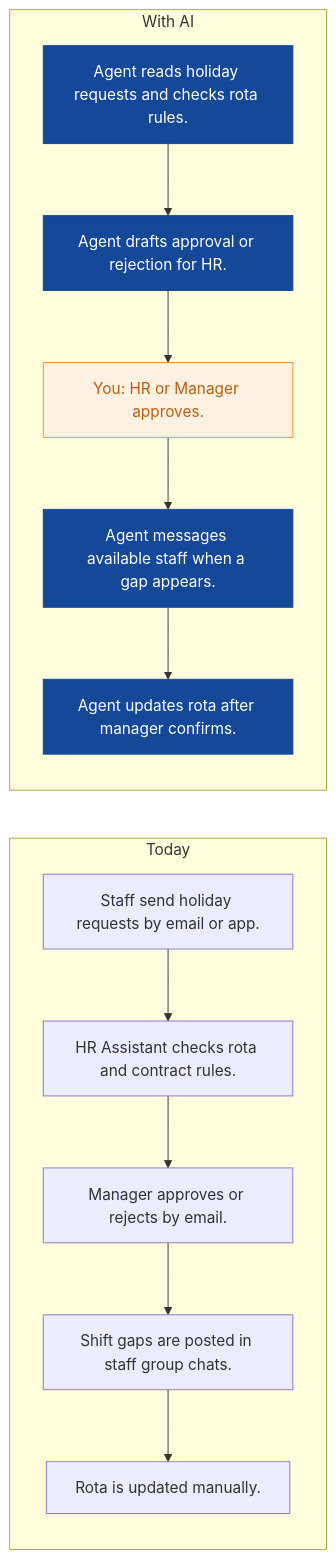
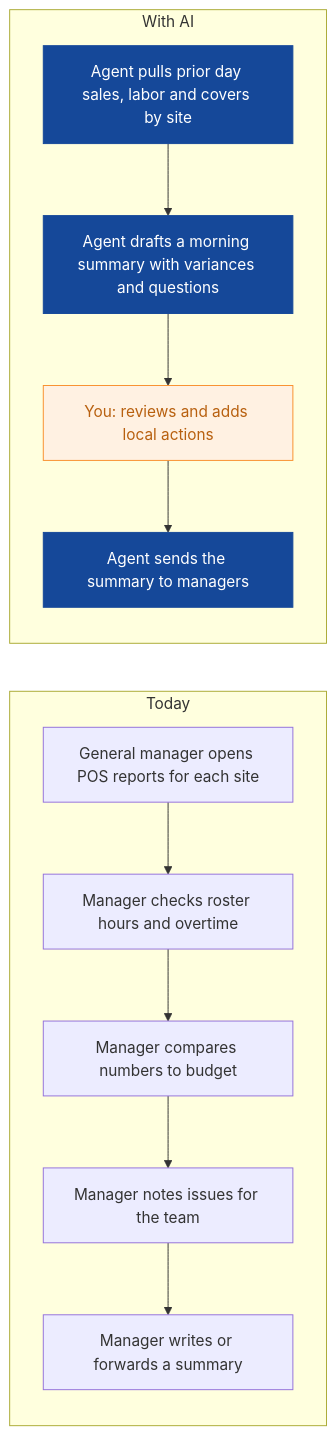
Before and after one commit to nexibeo/Complete-AI-Strategy: the third of 8 diagrams in strategies/saffron-table-group.md, drawn with Mermaid. The commit also changed other lines of this file and 26 other files, not shown here.

````diff
--- a/strategies/saffron-table-group.md
+++ b/strategies/saffron-table-group.md
@@ -136,23 +109,22 @@
 ```mermaid
 flowchart LR
   subgraph Today
-    B0["Staff send holiday requests by email or app."]
-    B1["HR Assistant checks rota and contract rules."]
-    B2["Manager approves or rejects by email."]
-    B3["Shift gaps are posted in staff group chats."]
-    B4["Rota is updated manually."]
+    B0["General manager opens POS reports for each site"]
+    B1["Manager checks roster hours and overtime"]
+    B2["Manager compares numbers to budget"]
+    B3["Manager notes issues for the team"]
+    B4["Manager writes or forwards a summary"]
     B0 --> B1 --> B2 --> B3 --> B4
   end
   subgraph WithAI[With AI]
-    A0["Agent reads holiday requests and checks rota rules."]
-    A1["Agent drafts approval or rejection for HR."]
-    A2["You: HR or Manager approves."]
-    A3["Agent messages available staff when a gap appears."]
-    A4["Agent updates rota after manager confirms."]
-    A0 --> A1 --> A2 --> A3 --> A4
+    A0["Agent pulls prior day sales, labor and covers by site"]
+    A1["Agent drafts a morning summary with variances and questions"]
+    A2["You: reviews and adds local actions"]
+    A3["Agent sends the summary to managers"]
+    A0 --> A1 --> A2 --> A3
   end
   classDef ai fill:#154899,color:#fff,stroke:#154899
   classDef human fill:#FFF1E2,color:#B8600F,stroke:#F98F2C
-  class A0,A1,A3,A4 ai
+  class A0,A1,A3 ai
   class A2 human
 ```
````
